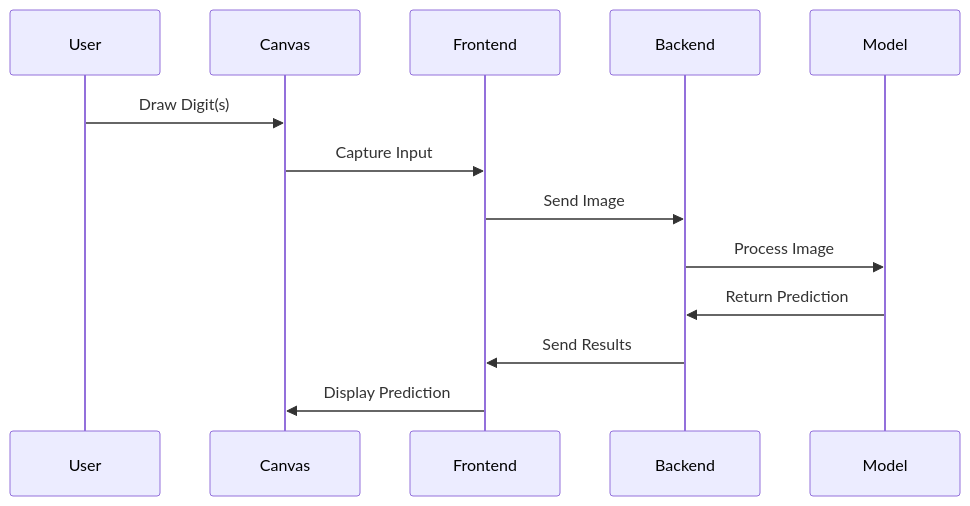
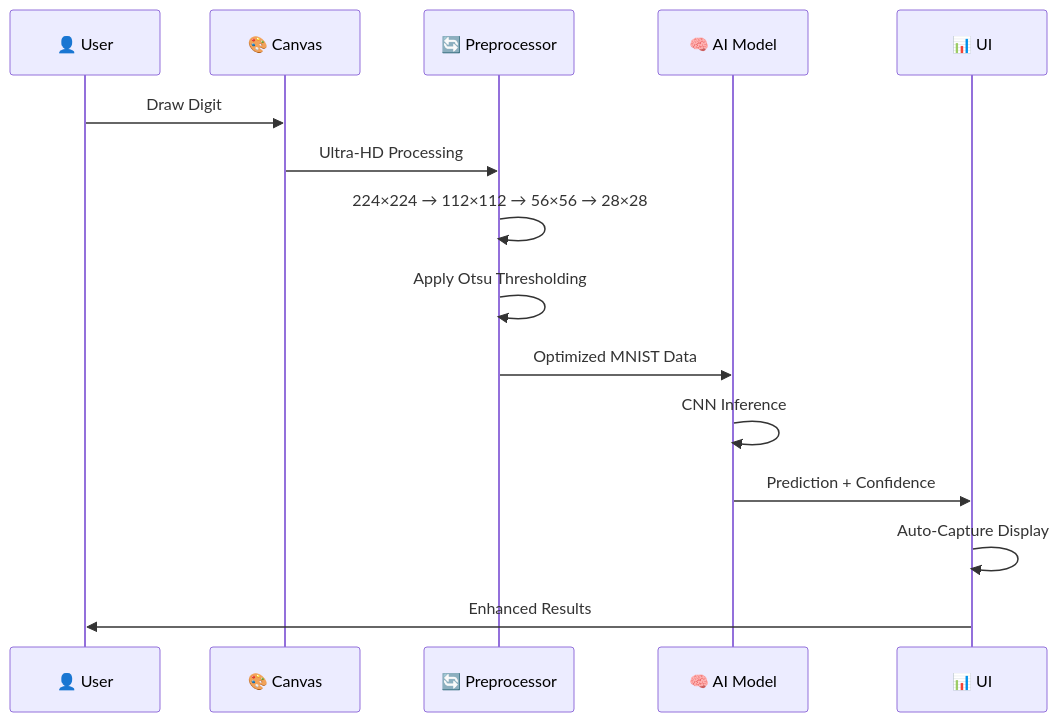
Before and after one commit to Kedhareswer/Digit_Classifier: the second of 8 diagrams in README.md, drawn with Mermaid. The commit also changed other lines of this file, not shown here.

Commit message:
Initial commit for Digit Classifier Deep Learning

````diff
--- a/README.md
+++ b/README.md
@@ -189,16 +330,18 @@
 ```mermaid
 sequenceDiagram
-    participant User
-    participant Canvas
-    participant Frontend
-    participant Backend
-    participant Model
+    participant 👤 User
+    participant 🎨 Canvas
+    participant 🔄 Preprocessor
+    participant 🧠 AI Model
+    participant 📊 UI
 
-    User->>Canvas: Draw Digit(s)
-    Canvas->>Frontend: Capture Input
-    Frontend->>Backend: Send Image
-    Backend->>Model: Process Image
-    Model->>Backend: Return Prediction
-    Backend->>Frontend: Send Results
-    Frontend->>Canvas: Display Prediction
+    👤 User->>🎨 Canvas: Draw Digit
+    🎨 Canvas->>🔄 Preprocessor: Ultra-HD Processing
+    🔄 Preprocessor->>🔄 Preprocessor: 224×224 → 112×112 → 56×56 → 28×28
+    🔄 Preprocessor->>🔄 Preprocessor: Apply Otsu Thresholding
+    🔄 Preprocessor->>🧠 AI Model: Optimized MNIST Data
+    🧠 AI Model->>🧠 AI Model: CNN Inference
+    🧠 AI Model->>📊 UI: Prediction + Confidence
+    📊 UI->>📊 UI: Auto-Capture Display
+    📊 UI->>👤 User: Enhanced Results
 ```
````
